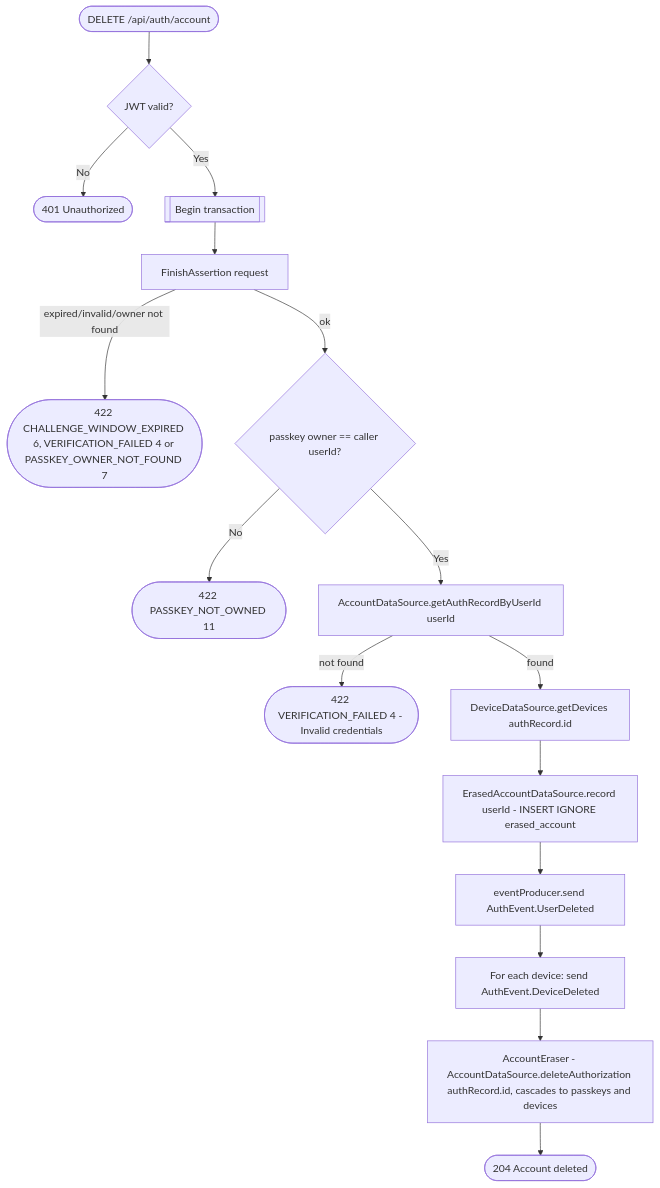
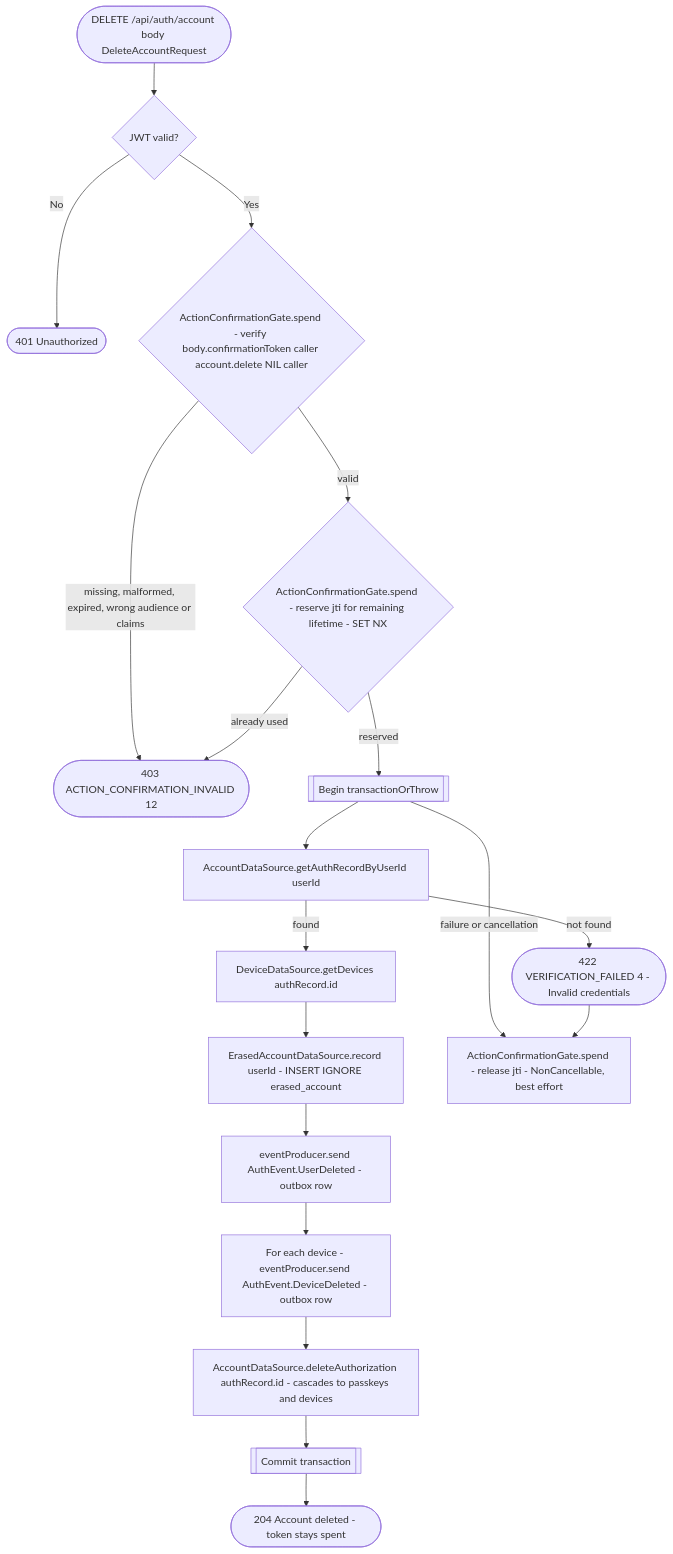
The diagram in docs/operations/authorization/delete-account.md (nocturneproperties/bookkme), drawn with Mermaid before and after one commit. The commit also changed other lines of this file and 93 other files, not shown here.

Commit message:
[miscellaneous] rename step up flow

````diff
--- a/docs/operations/authorization/delete-account.md
+++ b/docs/operations/authorization/delete-account.md
@@ -13,18 +31,21 @@
 ```mermaid
 flowchart TD
-    Start([DELETE /api/auth/account]) --> Auth{JWT valid?}
+    Start([DELETE /api/auth/account body DeleteAccountRequest]) --> Auth{JWT valid?}
     Auth -- No --> R401([401 Unauthorized])
-    Auth -- Yes --> Tx[[Begin transaction]]
-    Tx --> Verify[FinishAssertion request]
-    Verify -- expired/invalid/owner not found --> R422a([422 CHALLENGE_WINDOW_EXPIRED 6, VERIFICATION_FAILED 4 or PASSKEY_OWNER_NOT_FOUND 7])
-    Verify -- ok --> Owner{passkey owner == caller userId?}
-    Owner -- No --> R422c([422 PASSKEY_NOT_OWNED 11])
-    Owner -- Yes --> GetAuth[AccountDataSource.getAuthRecordByUserId userId]
-    GetAuth -- not found --> R422b([422 VERIFICATION_FAILED 4 - Invalid credentials])
+    Auth -- Yes --> ActionConfirmation{"ActionConfirmationGate.spend - verify body.confirmationToken caller account.delete NIL caller"}
+    ActionConfirmation -- missing, malformed, expired, wrong audience or claims --> R403([403 ACTION_CONFIRMATION_INVALID 12])
+    ActionConfirmation -- valid --> Reserve{"ActionConfirmationGate.spend - reserve jti for remaining lifetime - SET NX"}
+    Reserve -- already used --> R403
+    Reserve -- reserved --> Tx[[Begin transactionOrThrow]]
+    Tx --> GetAuth[AccountDataSource.getAuthRecordByUserId userId]
+    GetAuth -- not found --> R422([422 VERIFICATION_FAILED 4 - Invalid credentials])
     GetAuth -- found --> GetDevices[DeviceDataSource.getDevices authRecord.id]
     GetDevices --> Record["ErasedAccountDataSource.record userId - INSERT IGNORE erased_account"]
-    Record --> UserDeletedEvt[eventProducer.send AuthEvent.UserDeleted]
-    UserDeletedEvt --> DeviceLoop[For each device: send AuthEvent.DeviceDeleted]
-    DeviceLoop --> DeleteAuth[AccountEraser - AccountDataSource.deleteAuthorization authRecord.id, cascades to passkeys and devices]
-    DeleteAuth --> R204([204 Account deleted])
+    Record --> UserDeletedEvt["eventProducer.send AuthEvent.UserDeleted - outbox row"]
+    UserDeletedEvt --> DeviceLoop["For each device - eventProducer.send AuthEvent.DeviceDeleted - outbox row"]
+    DeviceLoop --> DeleteAuth["AccountDataSource.deleteAuthorization authRecord.id - cascades to passkeys and devices"]
+    DeleteAuth --> Commit[[Commit transaction]]
+    Commit --> R204([204 Account deleted - token stays spent])
+    Tx -- failure or cancellation --> Release["ActionConfirmationGate.spend - release jti - NonCancellable, best effort"]
+    R422 --> Release
 ```
````
